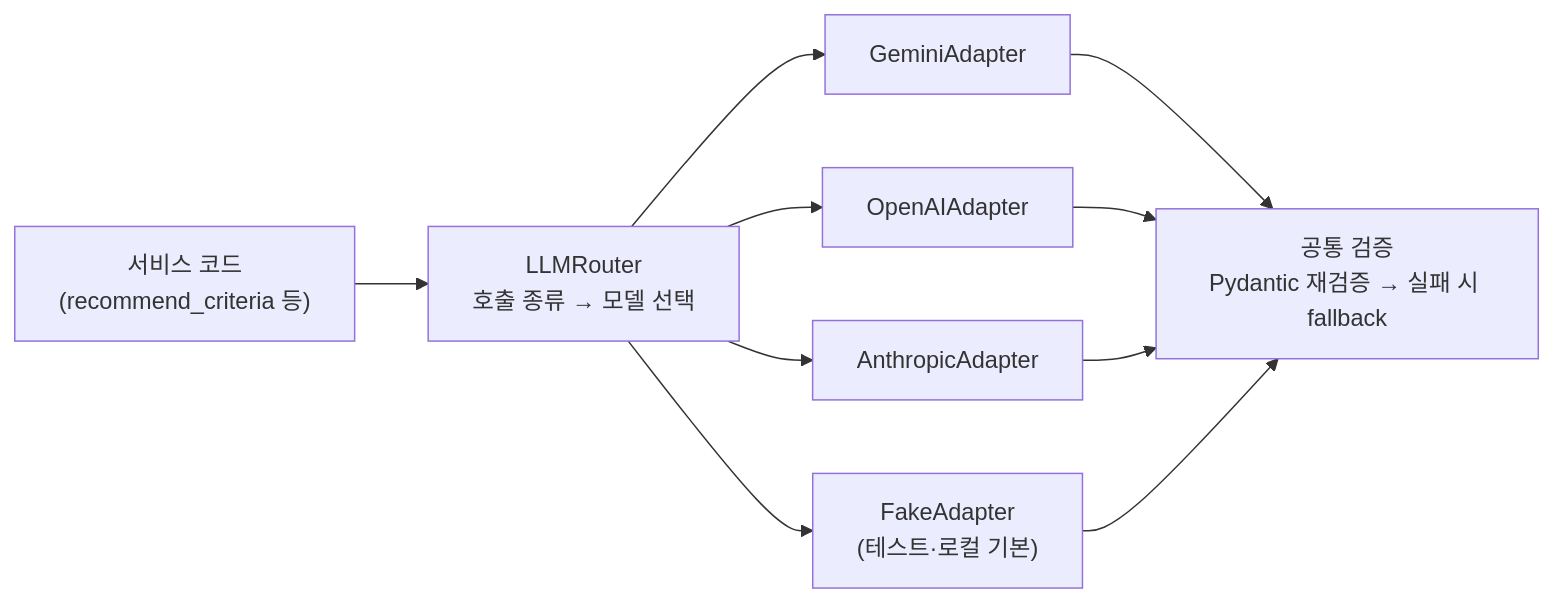
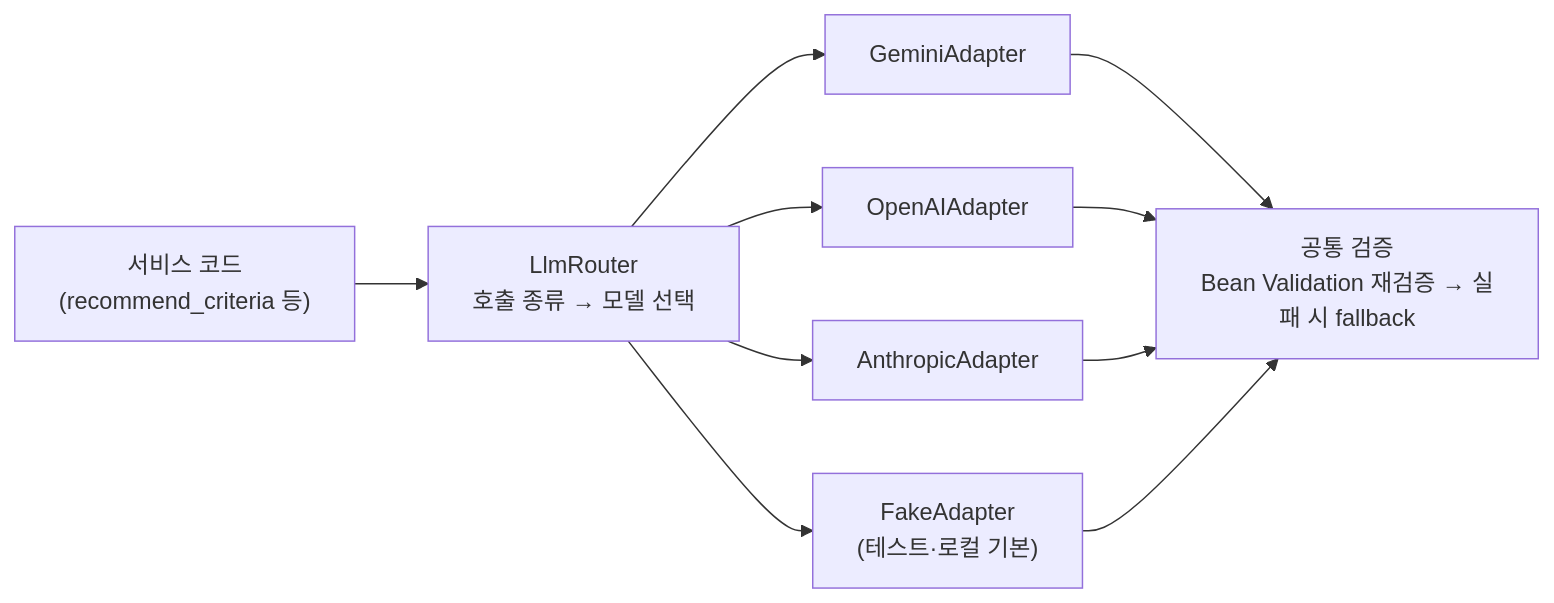
The fifth of 6 diagrams in docs/개발기획서.md (dlfkdLR/SEONBI), drawn with Mermaid before and after one commit. The commit also changed other lines of this file and 4 other files, not shown here.

````diff
--- a/docs/개발기획서.md
+++ b/docs/개발기획서.md
@@ -926,9 +928,9 @@
 ```mermaid
 flowchart LR
-    S["서비스 코드<br>(recommend_criteria 등)"] --> R["LLMRouter<br>호출 종류 → 모델 선택"]
+    S["서비스 코드<br>(recommend_criteria 등)"] --> R["LlmRouter<br>호출 종류 → 모델 선택"]
     R --> G["GeminiAdapter"]
     R --> O["OpenAIAdapter"]
     R --> A["AnthropicAdapter"]
     R --> F["FakeAdapter<br>(테스트·로컬 기본)"]
-    G & O & A & F --> V["공통 검증<br>Pydantic 재검증 → 실패 시 fallback"]
+    G & O & A & F --> V["공통 검증<br>Bean Validation 재검증 → 실패 시 fallback"]
 ```
````
